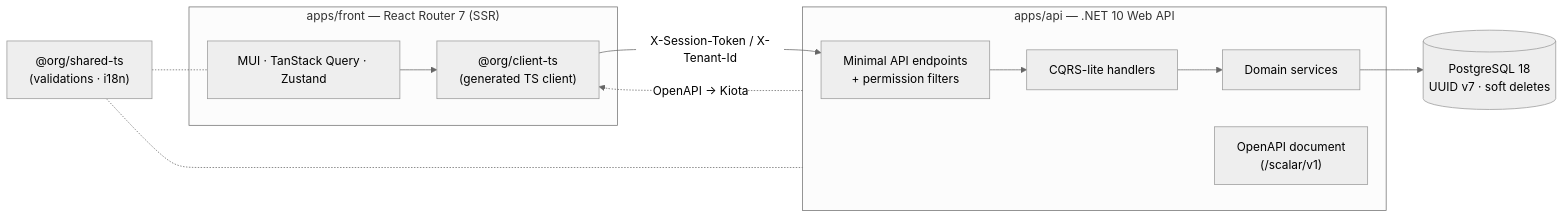
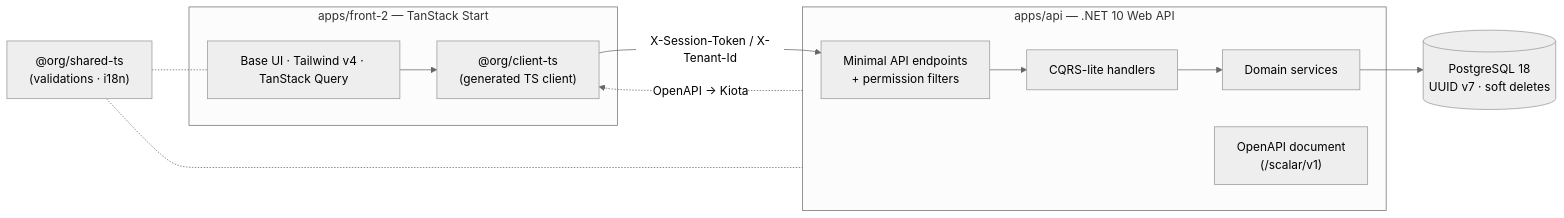
One commit to PublyApp/publyapp changed the first of 2 diagrams in README.md. Above: the diagram before and after it, drawn with Mermaid (neutral theme). The commit also changed other lines of this file, not shown here.

First line of the commit message:
docs(readme): describe the deployed system (API + front-2), not apps/front/MUI

````diff
--- a/README.md
+++ b/README.md
@@ -89,23 +91,23 @@
 ```mermaid
 flowchart LR
-    subgraph Client["apps/front — React Router 7 (SSR)"]
-        UI["MUI · TanStack Query · Zustand"]
+    subgraph Client["apps/front-2 — TanStack Start"]
+        UI["Base UI · Tailwind v4 · TanStack Query"]
         TSClient["@org/client-ts\n(generated TS client)"]
     end
 
     subgraph Server["apps/api — .NET 10 Web API"]
         Endpoints["Minimal API endpoints\n+ permission filters"]
         Handlers["CQRS-lite handlers"]
         Services["Domain services"]
         OpenAPI["OpenAPI document\n(/scalar/v1)"]
     end
 
     DB[("PostgreSQL 18\nUUID v7 · soft deletes")]
     Shared["@org/shared-ts\n(validations · i18n)"]
 
     UI --> TSClient -->|X-Session-Token / X-Tenant-Id| Endpoints
     Endpoints --> Handlers --> Services --> DB
     Server -.->|OpenAPI → Kiota| TSClient
     Shared -.- UI
     Shared -.- Server
 ```
````
